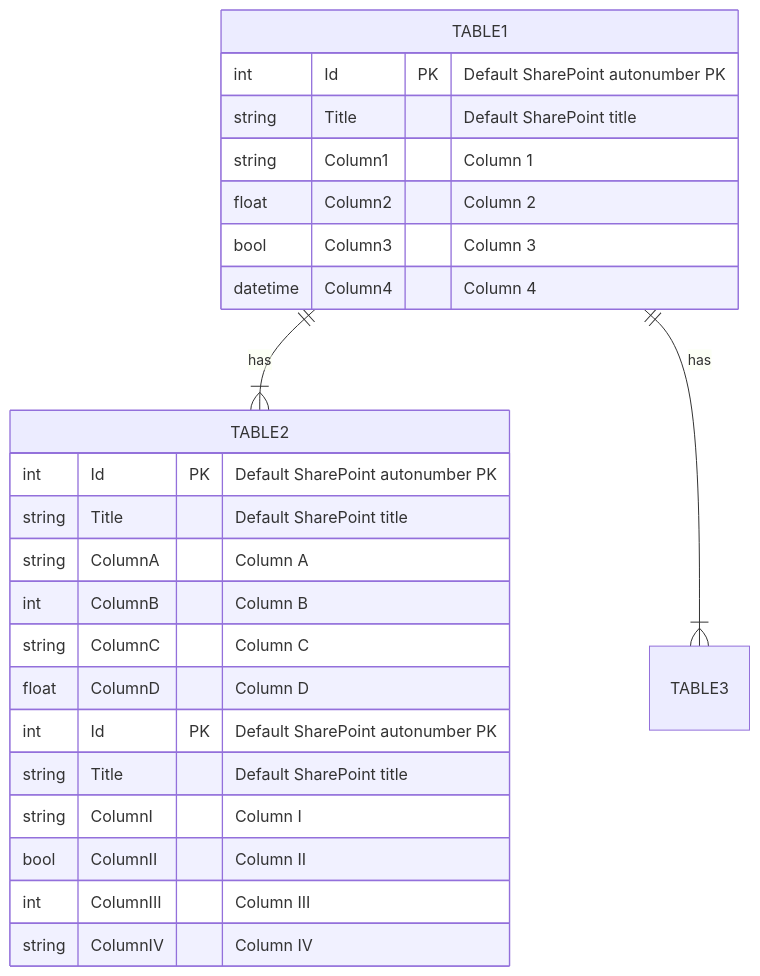
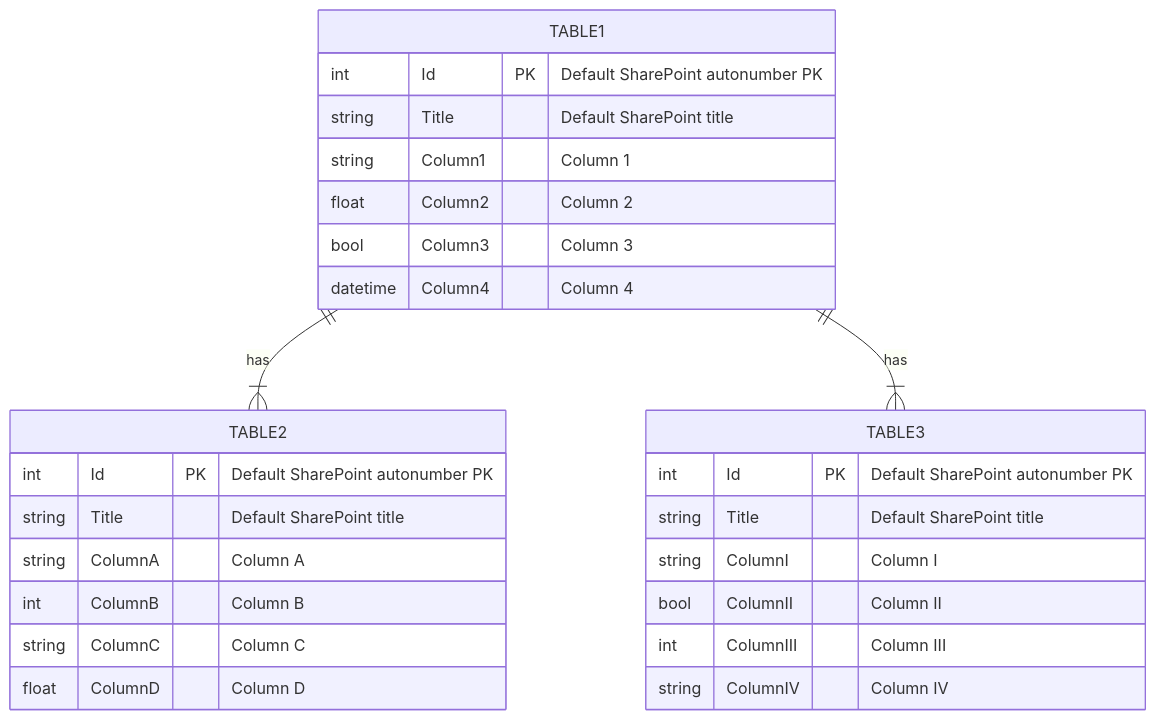
Before and after one commit to skie97/tms: the diagram in README.md, drawn with Mermaid. The commit also changed other lines of this file, not shown here.

````diff
--- a/README.md
+++ b/README.md
@@ -16,29 +16,29 @@
 ```mermaid
 erDiagram
   TABLE1 ||--|{ TABLE2 : has
   TABLE1 ||--|{ TABLE3 : has
   TABLE1 {
     int Id PK "Default SharePoint autonumber PK"
     string Title "Default SharePoint title"
     string Column1 "Column 1"
     float Column2 "Column 2"
     bool Column3 "Column 3"
     datetime Column4 "Column 4"
   }
   TABLE2 {
     int Id PK "Default SharePoint autonumber PK"
     string Title "Default SharePoint title"
     string ColumnA "Column A"
     int ColumnB "Column B"
     string ColumnC "Column C"
     float ColumnD "Column D"
   }
-  TABLE2 {
+  TABLE3 {
     int Id PK "Default SharePoint autonumber PK"
     string Title "Default SharePoint title"
     string ColumnI "Column I"
     bool ColumnII "Column II"
     int ColumnIII "Column III"
     string ColumnIV "Column IV"
   }
 ```
````
